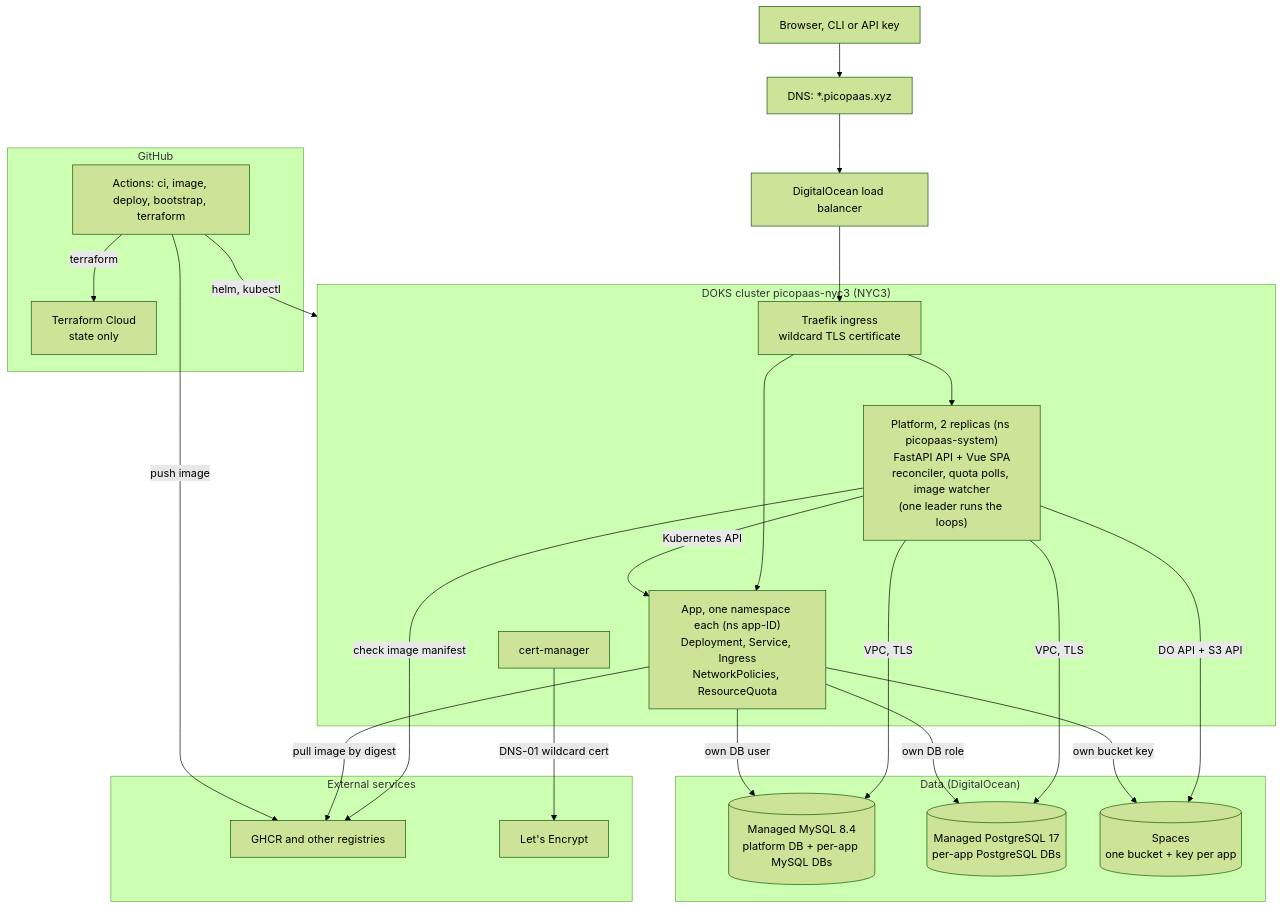
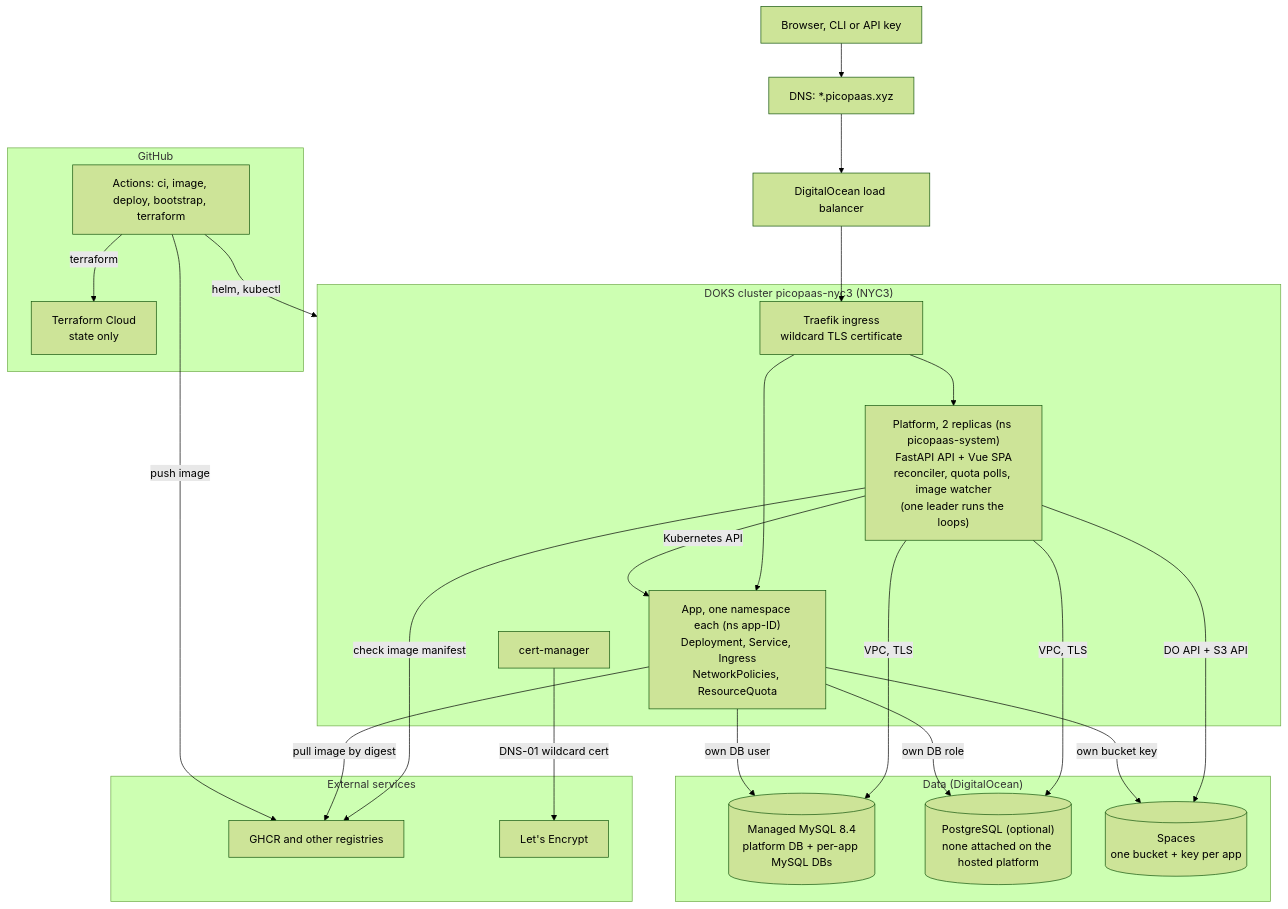
The first of 2 diagrams in README.md (seaburr/picopaas), drawn with Mermaid (forest theme) before and after one commit. The commit also changed other lines of this file and 14 other files, not shown here.

Commit message:
docs: banner and optional PostgreSQL, landing dev banner removed, budget and bootstrap amendment

````diff
--- a/README.md
+++ b/README.md
@@ -70,50 +70,50 @@
 ```mermaid
 flowchart TB
   user["Browser, CLI or API key"]
   dns["DNS: *.picopaas.xyz"]
   lb["DigitalOcean load balancer"]
   user --> dns --> lb
 
   subgraph doks["DOKS cluster picopaas-nyc3 (NYC3)"]
     traefik["Traefik ingress<br/>wildcard TLS certificate"]
     plat["Platform, 2 replicas (ns picopaas-system)<br/>FastAPI API + Vue SPA<br/>reconciler, quota polls, image watcher<br/>(one leader runs the loops)"]
     app["App, one namespace each (ns app-ID)<br/>Deployment, Service, Ingress<br/>NetworkPolicies, ResourceQuota"]
     cm["cert-manager"]
   end
 
   lb --> traefik
   traefik --> plat
   traefik --> app
   plat -- "Kubernetes API" --> app
 
   subgraph data["Data (DigitalOcean)"]
     mysql[("Managed MySQL 8.4<br/>platform DB + per-app MySQL DBs")]
-    pg[("Managed PostgreSQL 17<br/>per-app PostgreSQL DBs")]
+    pg[("PostgreSQL (optional)<br/>none attached on the hosted platform")]
     spaces[("Spaces<br/>one bucket + key per app")]
   end
 
   plat -- "VPC, TLS" --> mysql
   plat -- "VPC, TLS" --> pg
   plat -- "DO API + S3 API" --> spaces
   app -- "own DB user" --> mysql
   app -- "own DB role" --> pg
   app -- "own bucket key" --> spaces
 
   subgraph ext["External services"]
     ghcr["GHCR and other registries"]
     le["Let's Encrypt"]
   end
 
   plat -- "check image manifest" --> ghcr
   app -- "pull image by digest" --> ghcr
   cm -- "DNS-01 wildcard cert" --> le
 
   subgraph ci["GitHub"]
     gha["Actions: ci, image, deploy, bootstrap, terraform"]
     tfc["Terraform Cloud<br/>state only"]
   end
 
   gha -- "helm, kubectl" --> doks
   gha -- "terraform" --> tfc
   gha -- "push image" --> ghcr
 ```
````
